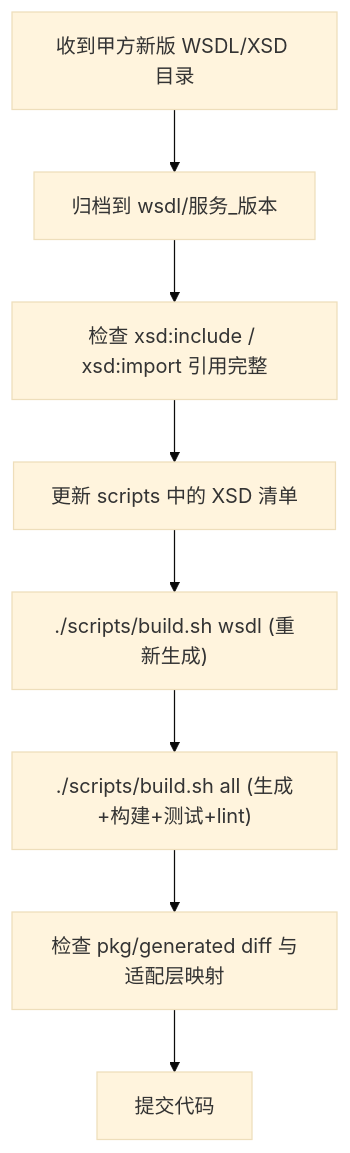
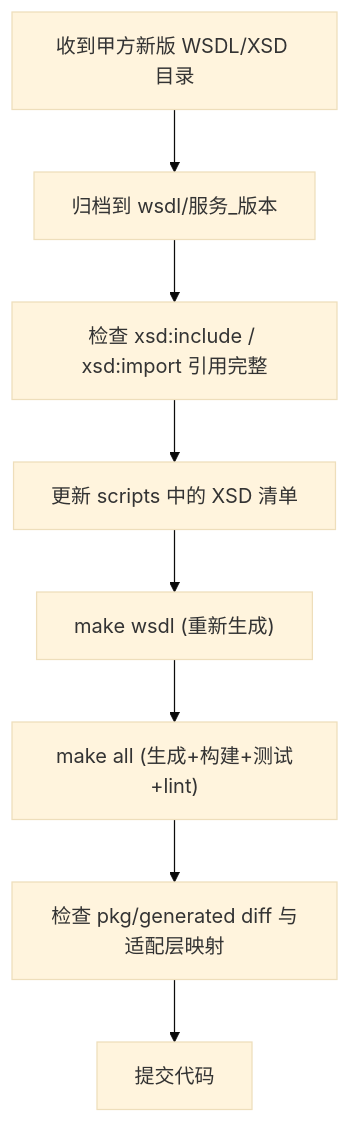
The fourth of 4 diagrams in docs/architecture.zh-CN.md (shuiyihan12/uapi-go), drawn with Mermaid (base theme) before and after one commit. The commit also changed other lines of this file and 13 other files, not shown here.

````diff
--- a/docs/architecture.zh-CN.md
+++ b/docs/architecture.zh-CN.md
@@ -297,10 +297,10 @@
 ```mermaid
 flowchart TD
     A["收到甲方新版 WSDL/XSD 目录"] --> B["归档到 wsdl/服务_版本"]
     B --> C["检查 xsd:include / xsd:import 引用完整"]
     C --> D["更新 scripts 中的 XSD 清单"]
-    D --> E["./scripts/build.sh wsdl (重新生成)"]
-    E --> F["./scripts/build.sh all (生成+构建+测试+lint)"]
+    D --> E["make wsdl (重新生成)"]
+    E --> F["make all (生成+构建+测试+lint)"]
     F --> G["检查 pkg/generated diff 与适配层映射"]
     G --> H["提交代码"]
 ```
````
